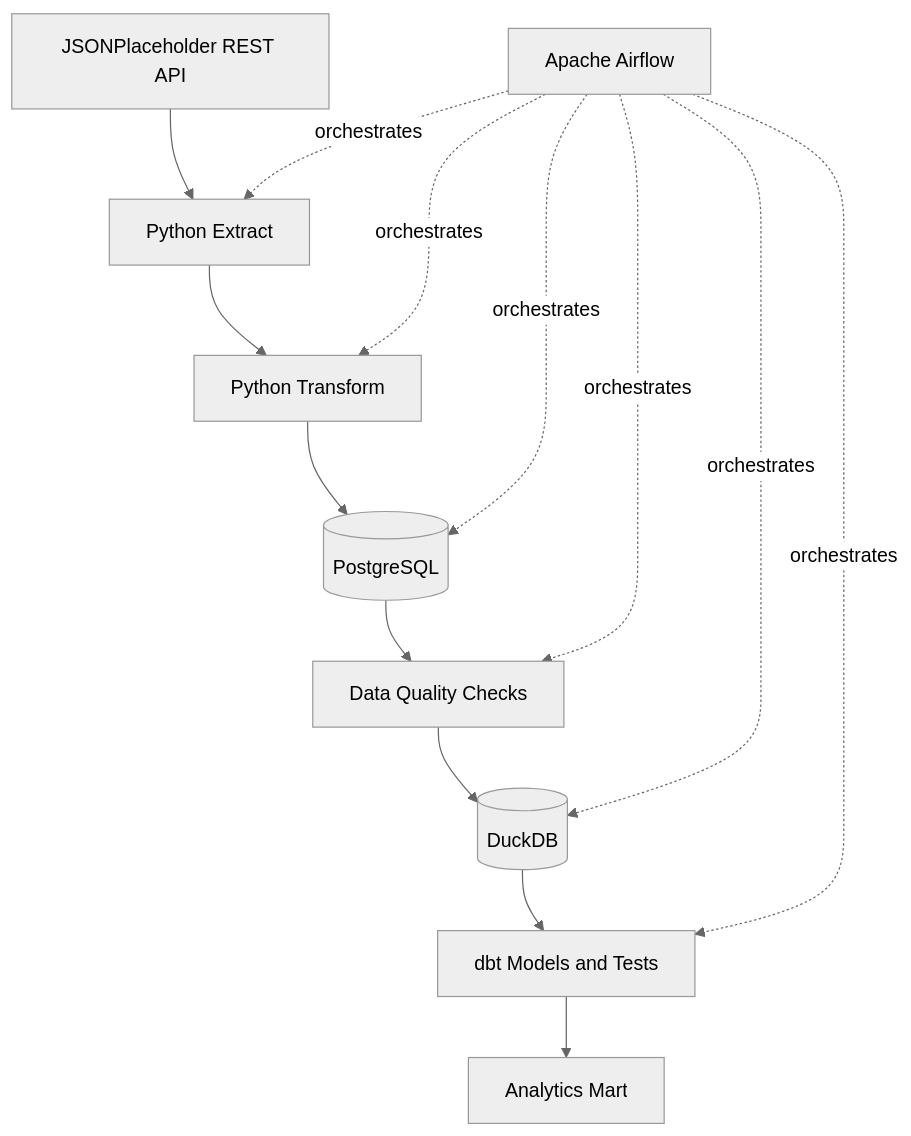
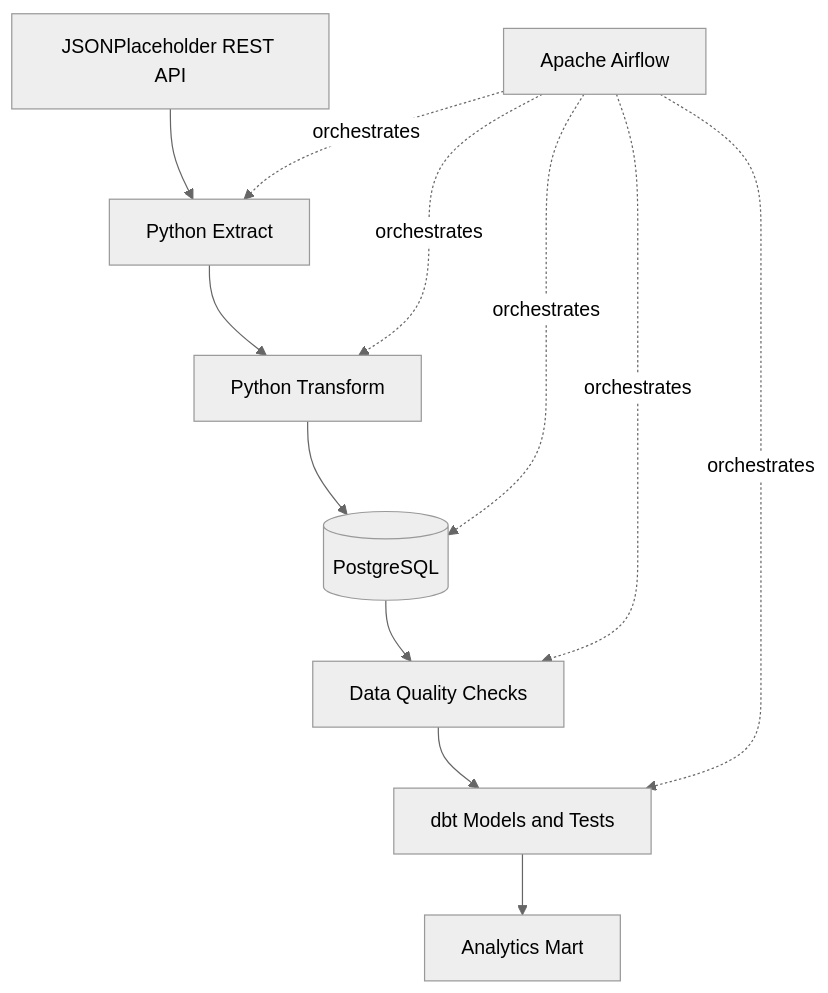
Before and after one commit to Sjitar/etl-sales-pipeline: the diagram in README.md, drawn with Mermaid (neutral theme). The commit also changed other lines of this file and 5 other files, not shown here.

````diff
--- a/README.md
+++ b/README.md
@@ -18,27 +17,24 @@
 ```mermaid
 flowchart TD
     API[JSONPlaceholder REST API]
     EXTRACT[Python Extract]
     TRANSFORM[Python Transform]
     POSTGRES[(PostgreSQL)]
     QUALITY[Data Quality Checks]
-    DUCKDB[(DuckDB)]
     DBT[dbt Models and Tests]
     MART[Analytics Mart]
     AIRFLOW[Apache Airflow]
 
     API --> EXTRACT
     EXTRACT --> TRANSFORM
     TRANSFORM --> POSTGRES
     POSTGRES --> QUALITY
-    QUALITY --> DUCKDB
-    DUCKDB --> DBT
+    QUALITY --> DBT
     DBT --> MART
 
     AIRFLOW -. orchestrates .-> EXTRACT
     AIRFLOW -. orchestrates .-> TRANSFORM
     AIRFLOW -. orchestrates .-> POSTGRES
     AIRFLOW -. orchestrates .-> QUALITY
-    AIRFLOW -. orchestrates .-> DUCKDB
     AIRFLOW -. orchestrates .-> DBT
 ```
````
